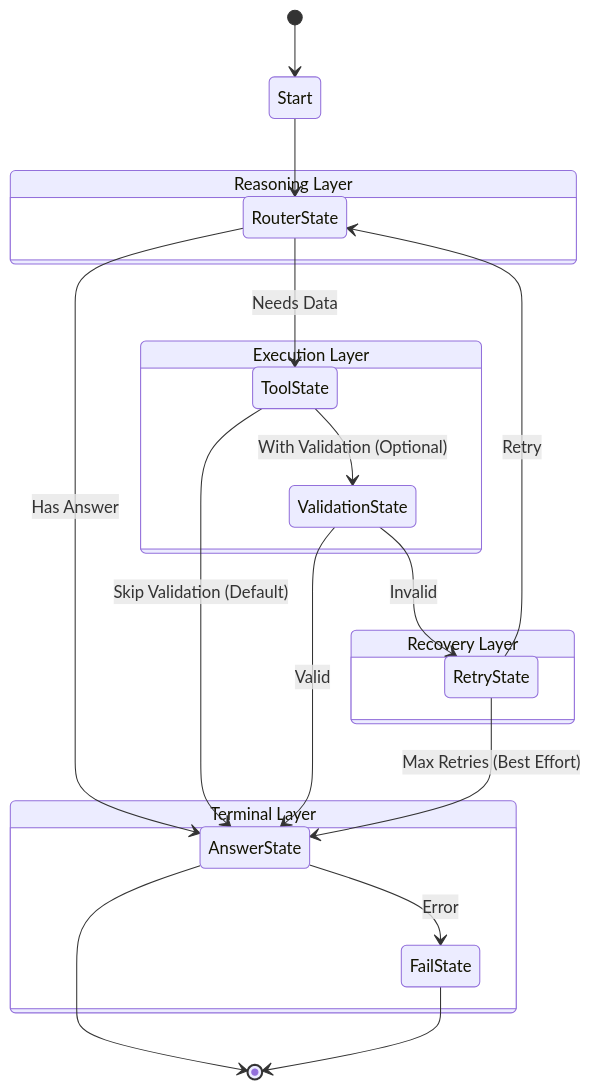
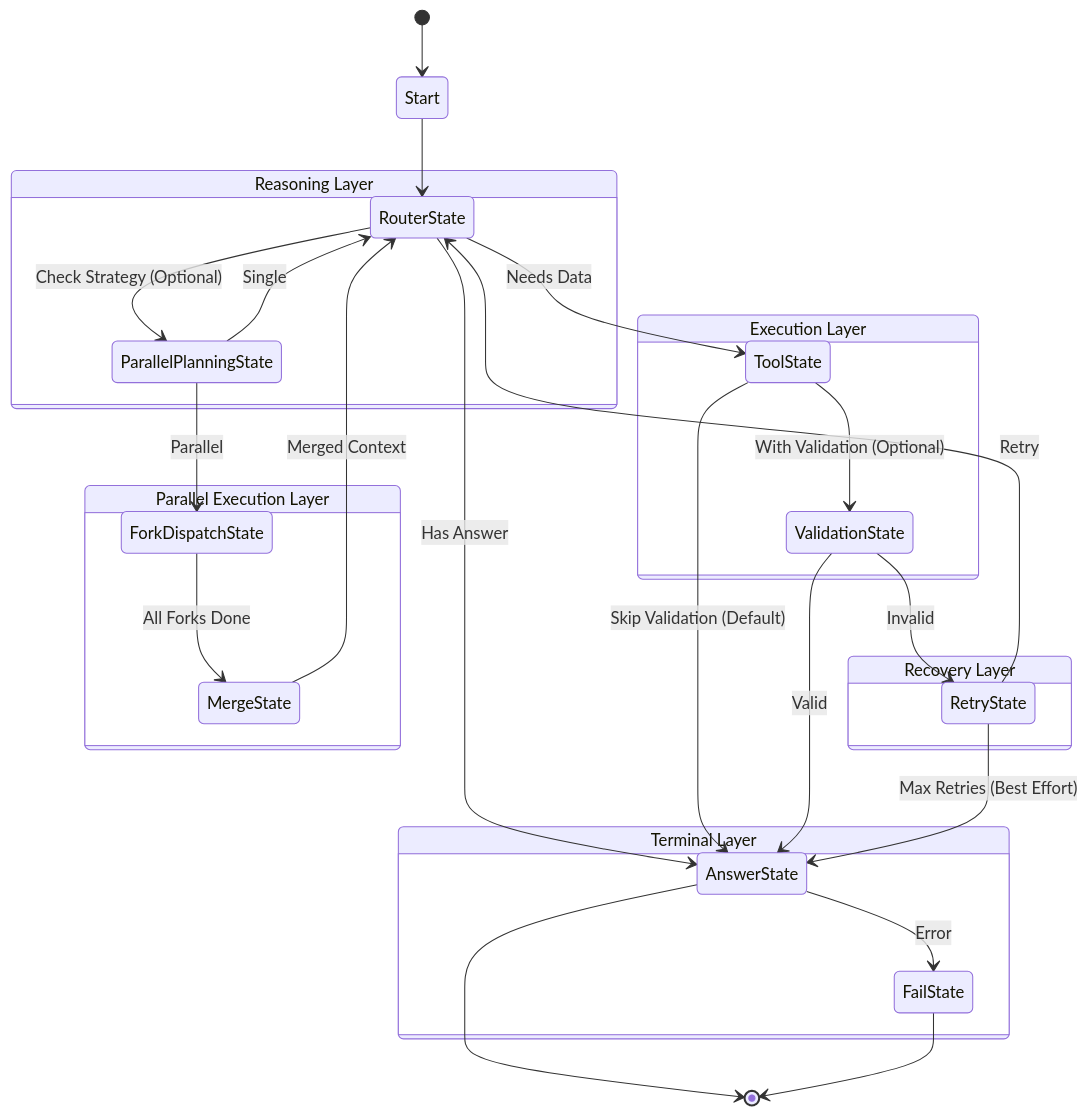
One commit to fredstrey/react_agent changed the diagram in README.md. Above: the diagram before and after it, drawn with Mermaid. The commit also changed other lines of this file and 8 other files, not shown here.

````diff
--- a/README.md
+++ b/README.md
@@ -21,39 +21,53 @@
 ```mermaid
 stateDiagram-v2
     [*] --> Start
     Start --> RouterState
 
     state "Reasoning Layer" as Reasoning {
         RouterState
+        ParallelPlanningState
+    }
+
+    state "Parallel Execution Layer" as Parallel {
+        ForkDispatchState
+        MergeState
     }
 
     state "Execution Layer" as Execution {
         ToolState
         ValidationState
     }
 
     state "Recovery Layer" as Recovery {
         RetryState
     }
     
     state "Terminal Layer" as Terminal {
         AnswerState
         FailState
     }
 
     RouterState --> ToolState : Needs Data
     RouterState --> AnswerState : Has Answer
+    
+    %% Parallel Flow
+    RouterState --> ParallelPlanningState : Check Strategy (Optional)
+    ParallelPlanningState --> ForkDispatchState : Parallel
+    ParallelPlanningState --> RouterState : Single
+    
+    ForkDispatchState --> MergeState : All Forks Done
+    MergeState --> RouterState : Merged Context
 
     ToolState --> ValidationState : With Validation (Optional)
     ToolState --> AnswerState : Skip Validation (Default)
 
     ValidationState --> AnswerState : Valid
     ValidationState --> RetryState : Invalid
 
     RetryState --> RouterState : Retry
     RetryState --> AnswerState : Max Retries (Best Effort)
 
     AnswerState --> [*]
     AnswerState --> FailState : Error
     FailState --> [*]
 ```
````
